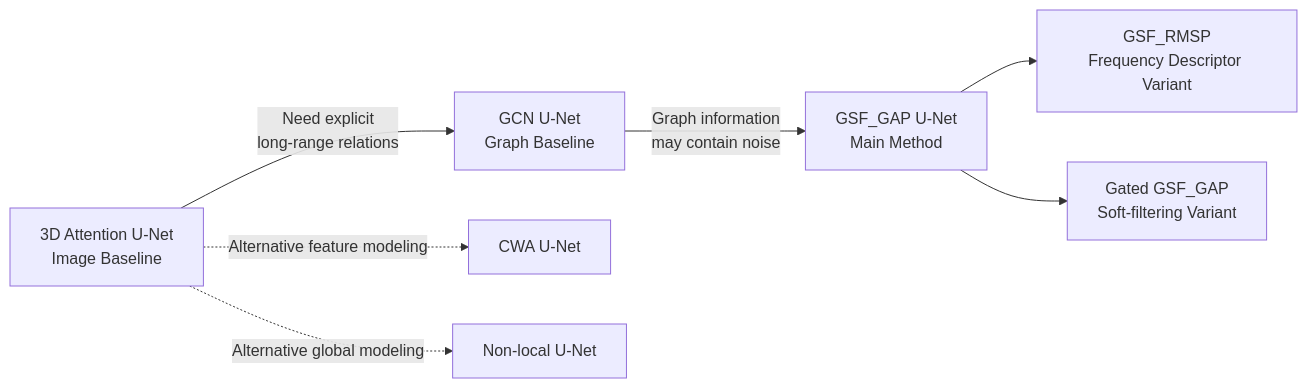
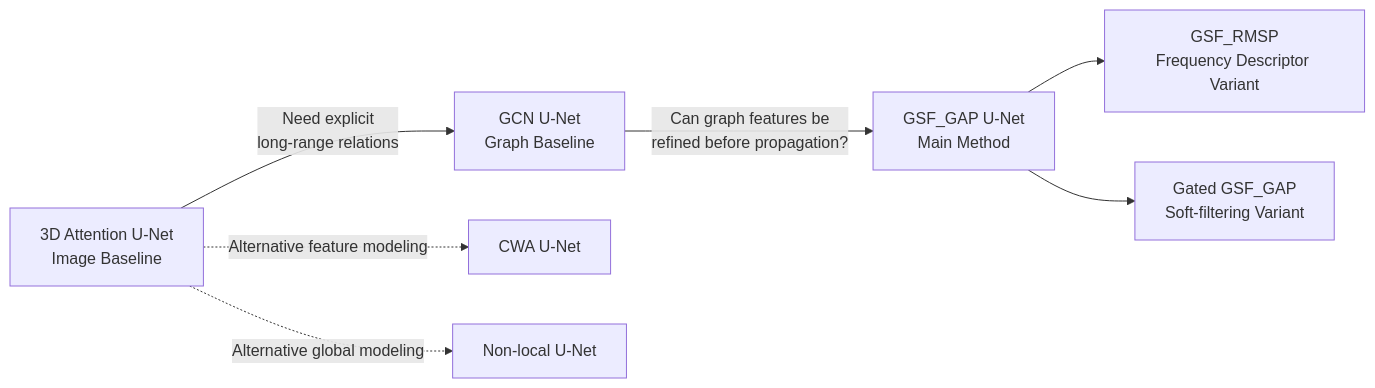
Before and after one commit to ChengYuChing/3D-DLimage-segmentation: the fourth of 6 diagrams in README.md, drawn with Mermaid. The commit also changed other lines of this file, not shown here.

````diff
--- a/README.md
+++ b/README.md
@@ -195,14 +195,14 @@
 ```mermaid
 flowchart LR
     A["3D Attention U-Net<br/>Image Baseline"]
 
     A -->|"Need explicit<br/>long-range relations"| B["GCN U-Net<br/>Graph Baseline"]
 
-    B -->|"Graph information<br/>may contain noise"| C["GSF_GAP U-Net<br/>Main Method"]
+    B -->|"Can graph features be<br/>refined before propagation?"| C["GSF_GAP U-Net<br/>Main Method"]
 
     C --> D["GSF_RMSP<br/>Frequency Descriptor Variant"]
     C --> E["Gated GSF_GAP<br/>Soft-filtering Variant"]
 
     A -. "Alternative feature modeling" .-> F["CWA U-Net"]
     A -. "Alternative global modeling" .-> G["Non-local U-Net"]
 ```
````
